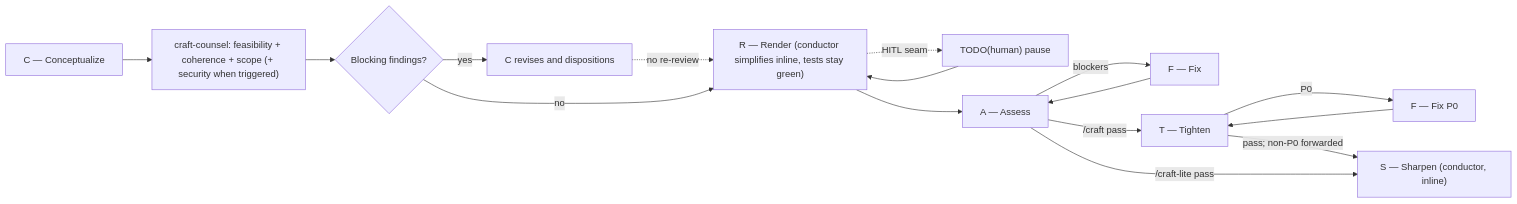
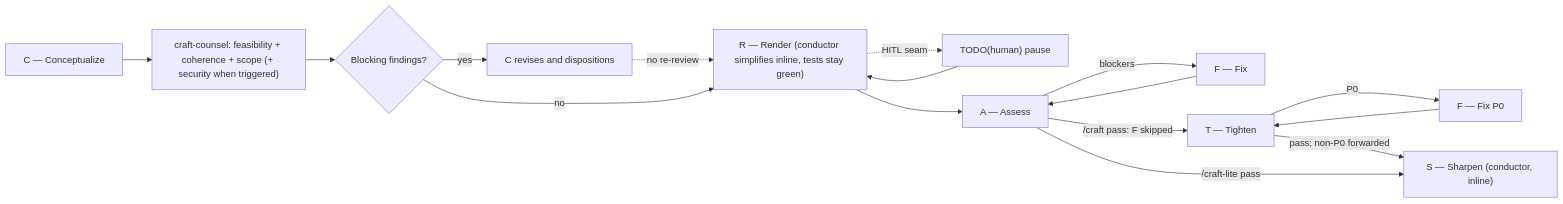
Before and after one commit to kylerberry/craft-harness: the first of 2 diagrams in README.md, drawn with Mermaid. The commit also changed other lines of this file and 3 other files, not shown here.

````diff
--- a/README.md
+++ b/README.md
@@ -5,20 +5,20 @@
 ```mermaid
 flowchart LR
     C["C — Conceptualize"] --> COUNSEL["craft-counsel: feasibility + coherence + scope (+ security when triggered)"]
 
     COUNSEL --> GATE{"Blocking findings?"}
     GATE -- "yes" --> REVISE["C revises and dispositions"]
     REVISE -. "no re-review" .-> R["R — Render (conductor simplifies inline, tests stay green)"]
     GATE -- "no" --> R
 
     R -. "HITL seam" .-> HUMAN["TODO(human) pause"]
     HUMAN --> R
     R --> A["A — Assess"]
     A -- "blockers" --> FA["F — Fix"]
     FA --> A
-    A -- "/craft pass" --> T["T — Tighten"]
+    A -- "/craft pass: F skipped" --> T["T — Tighten"]
     T -- "P0" --> FT["F — Fix P0"]
     FT --> T
     T -- "pass; non-P0 forwarded" --> S["S — Sharpen (conductor, inline)"]
     A -- "/craft-lite pass" --> S
 ```
````
